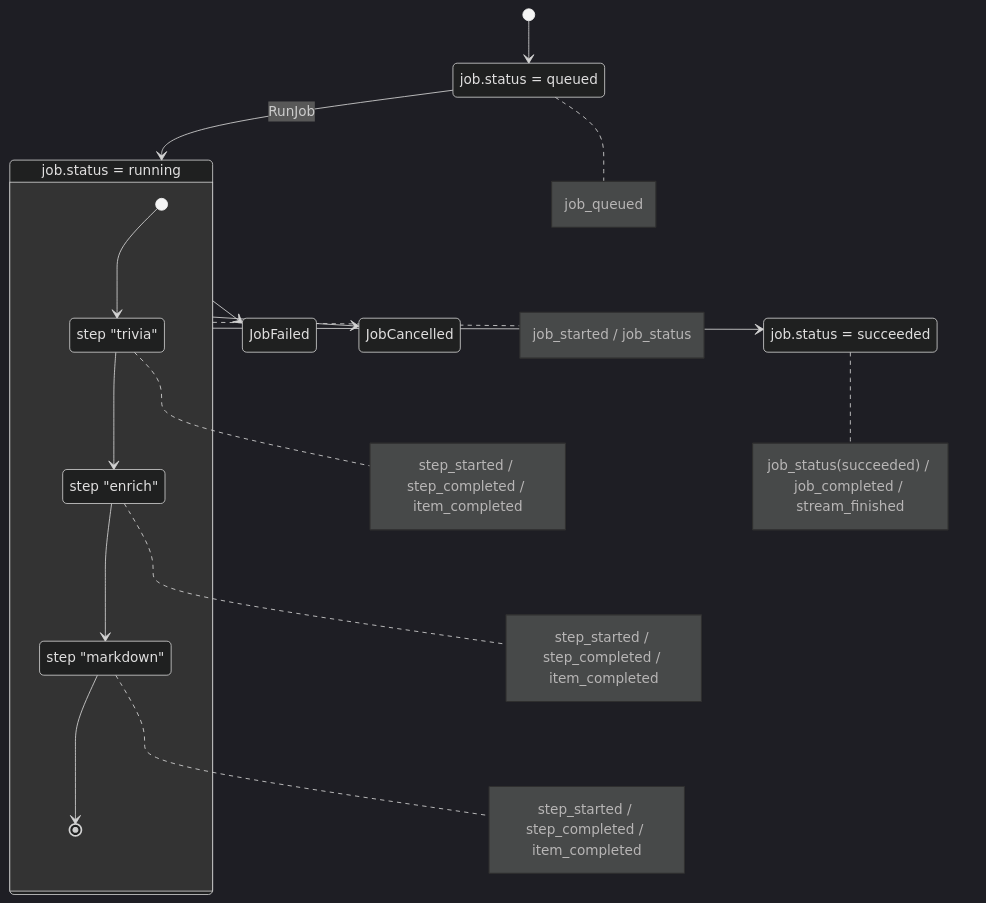
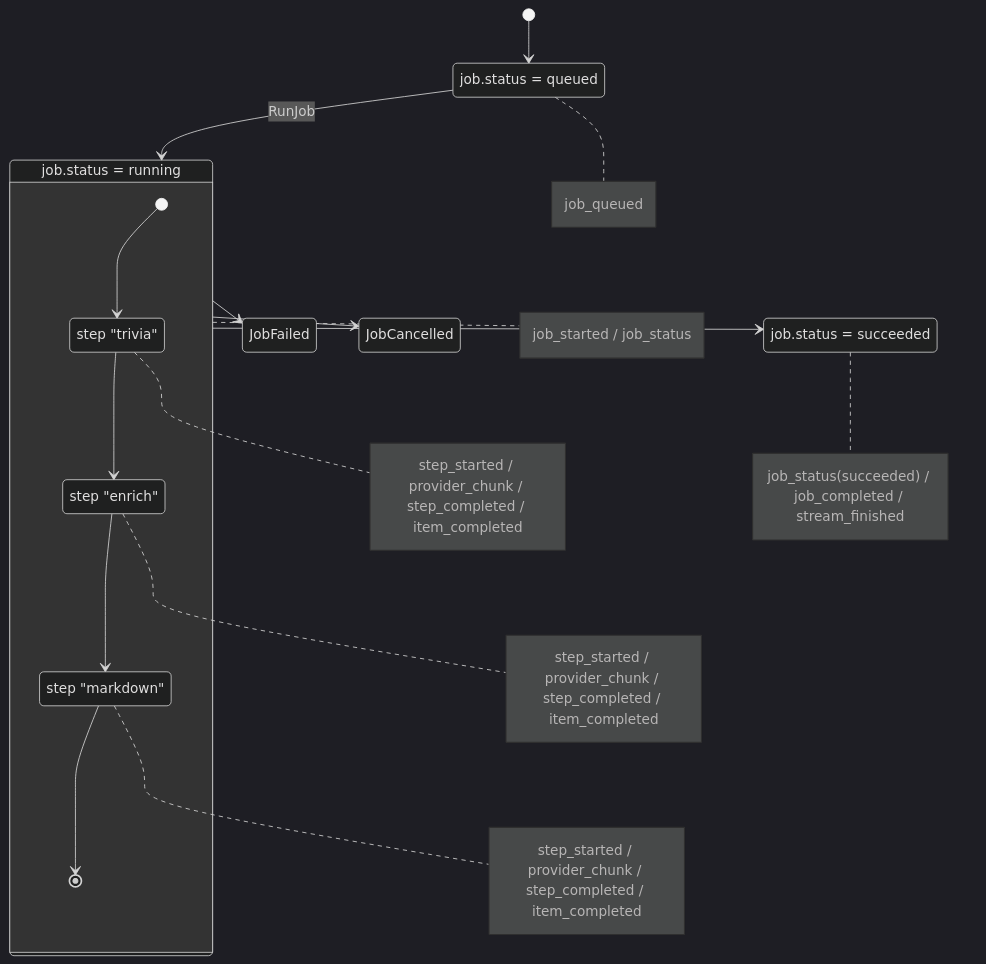
One commit to ktr0328/pipeline_engine changed the diagram in docs/pipeline_status_diagram.md. Above: the diagram before and after it, drawn with Mermaid (dark theme). The commit also changed other lines of this file and 9 other files, not shown here.

Commit message:
Add provider chunk streaming events

````diff
--- a/docs/pipeline_status_diagram.md
+++ b/docs/pipeline_status_diagram.md
@@ -5,28 +5,28 @@
 ```mermaid
 stateDiagram-v2
     [*] --> JobQueued
     JobQueued: job.status = queued
     JobQueued --> JobRunning: RunJob
     JobRunning: job.status = running
     JobRunning --> JobSucceeded
     JobSucceeded: job.status = succeeded
     JobRunning --> JobFailed
     JobRunning --> JobCancelled
 
     state JobRunning {
         [*] --> StepTrivia
         StepTrivia: step "trivia"
         StepTrivia --> StepEnrich
         StepEnrich: step "enrich"
         StepEnrich --> StepMarkdown
         StepMarkdown: step "markdown"
         StepMarkdown --> [*]
     }
 
     note right of JobQueued: job_queued
     note right of JobRunning: job_started / job_status
-    note right of StepTrivia: step_started / step_completed / item_completed
-    note right of StepEnrich: step_started / step_completed / item_completed
-    note right of StepMarkdown: step_started / step_completed / item_completed
+    note right of StepTrivia: step_started / provider_chunk / step_completed / item_completed
+    note right of StepEnrich: step_started / provider_chunk / step_completed / item_completed
+    note right of StepMarkdown: step_started / provider_chunk / step_completed / item_completed
     note right of JobSucceeded: job_status(succeeded) / job_completed / stream_finished
 ```
````
